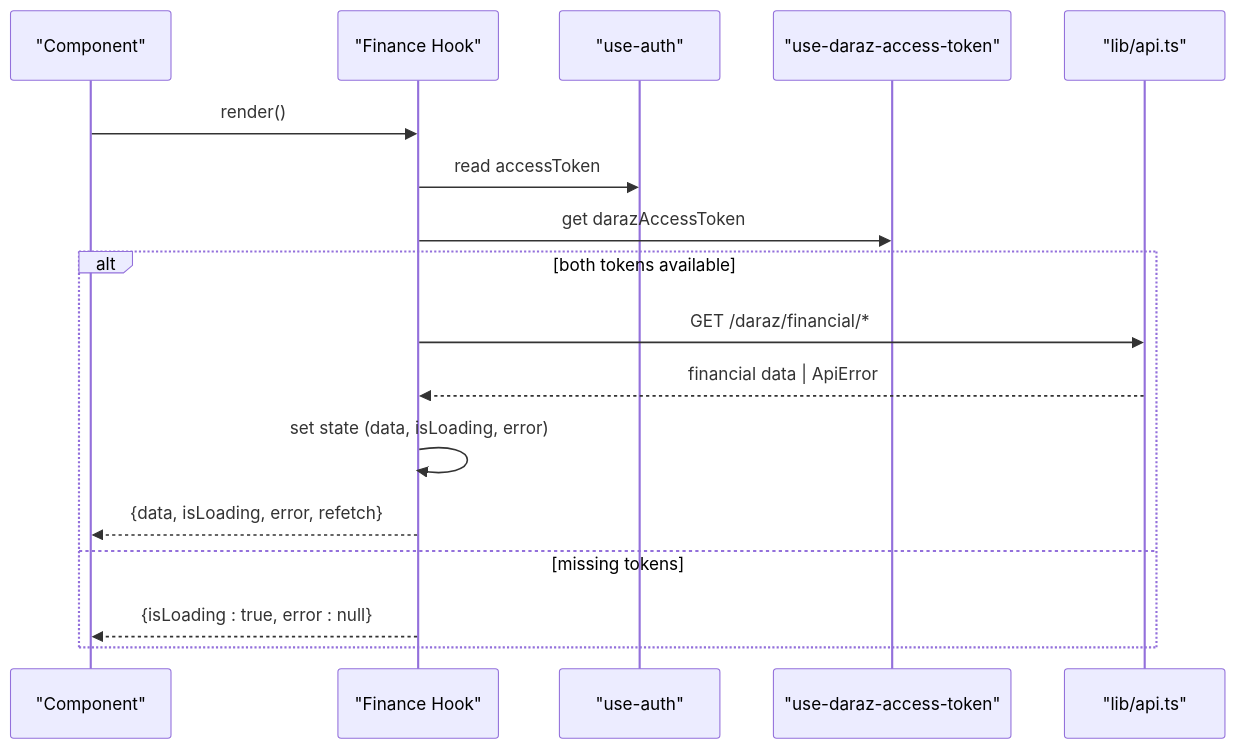
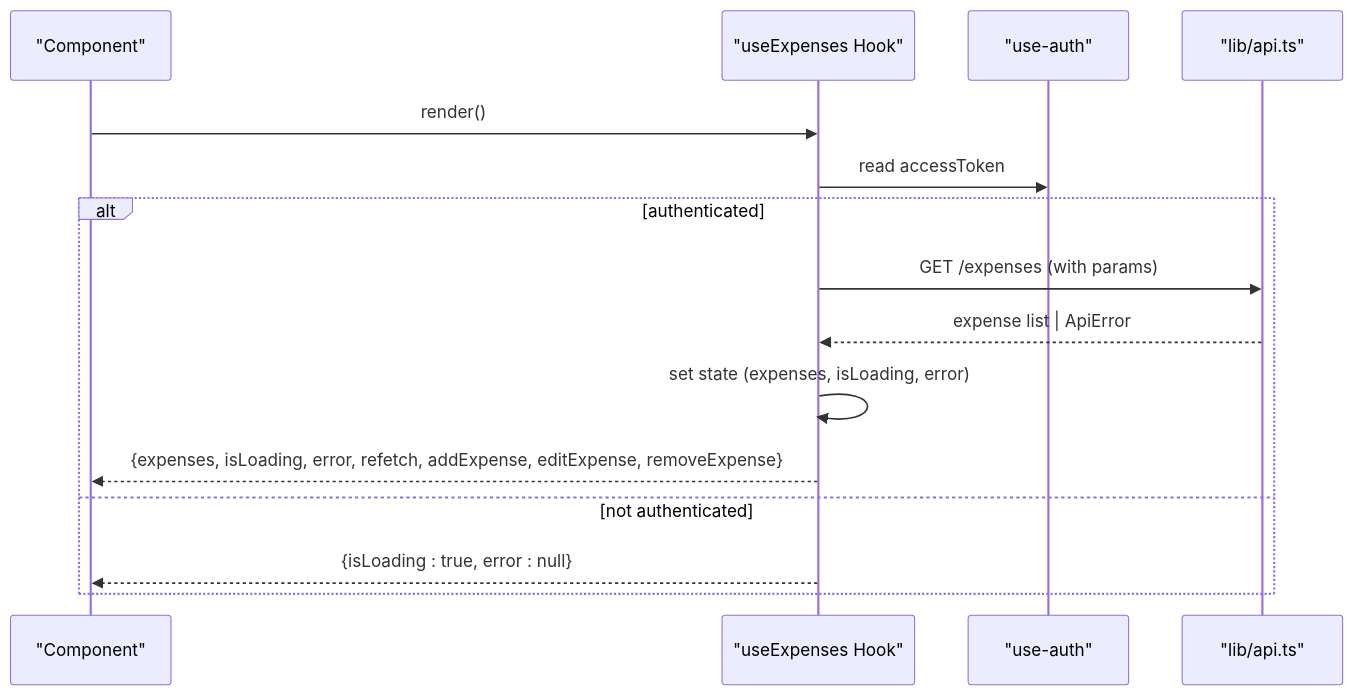
The second of 22 diagrams in .qoder/repowiki/en/content/Hooks & State Management.md (Muhammad-Masood/tijarah-ai-app), drawn with Mermaid before and after one commit. The commit also changed other lines of this file and 14 other files, not shown here.

````diff
--- a/.qoder/repowiki/en/content/Hooks & State Management.md
+++ b/.qoder/repowiki/en/content/Hooks & State Management.md
@@ -210,19 +234,17 @@
 ```mermaid
 sequenceDiagram
 participant C as "Component"
-participant H as "Finance Hook"
+participant H as "useExpenses Hook"
 participant A as "use-auth"
-participant T as "use-daraz-access-token"
 participant API as "lib/api.ts"
 C->>H : render()
 H->>A : read accessToken
-H->>T : get darazAccessToken
-alt both tokens available
-H->>API : GET /daraz/financial/*
-API-->>H : financial data | ApiError
-H->>H : set state (data, isLoading, error)
-H-->>C : {data, isLoading, error, refetch}
-else missing tokens
+alt authenticated
+H->>API : GET /expenses (with params)
+API-->>H : expense list | ApiError
+H->>H : set state (expenses, isLoading, error)
+H-->>C : {expenses, isLoading, error, refetch, addExpense, editExpense, removeExpense}
+else not authenticated
 H-->>C : {isLoading : true, error : null}
 end
 ```
````
